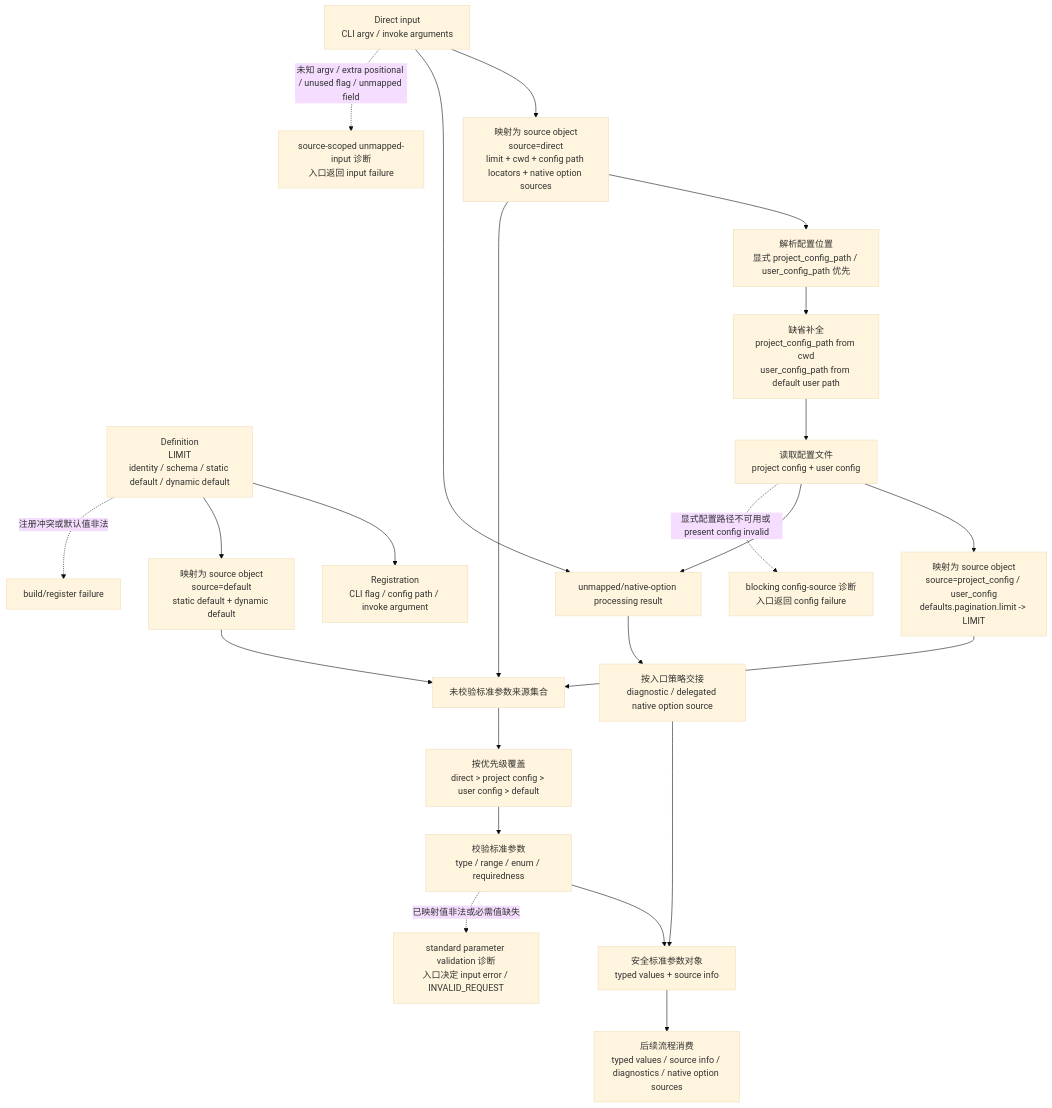
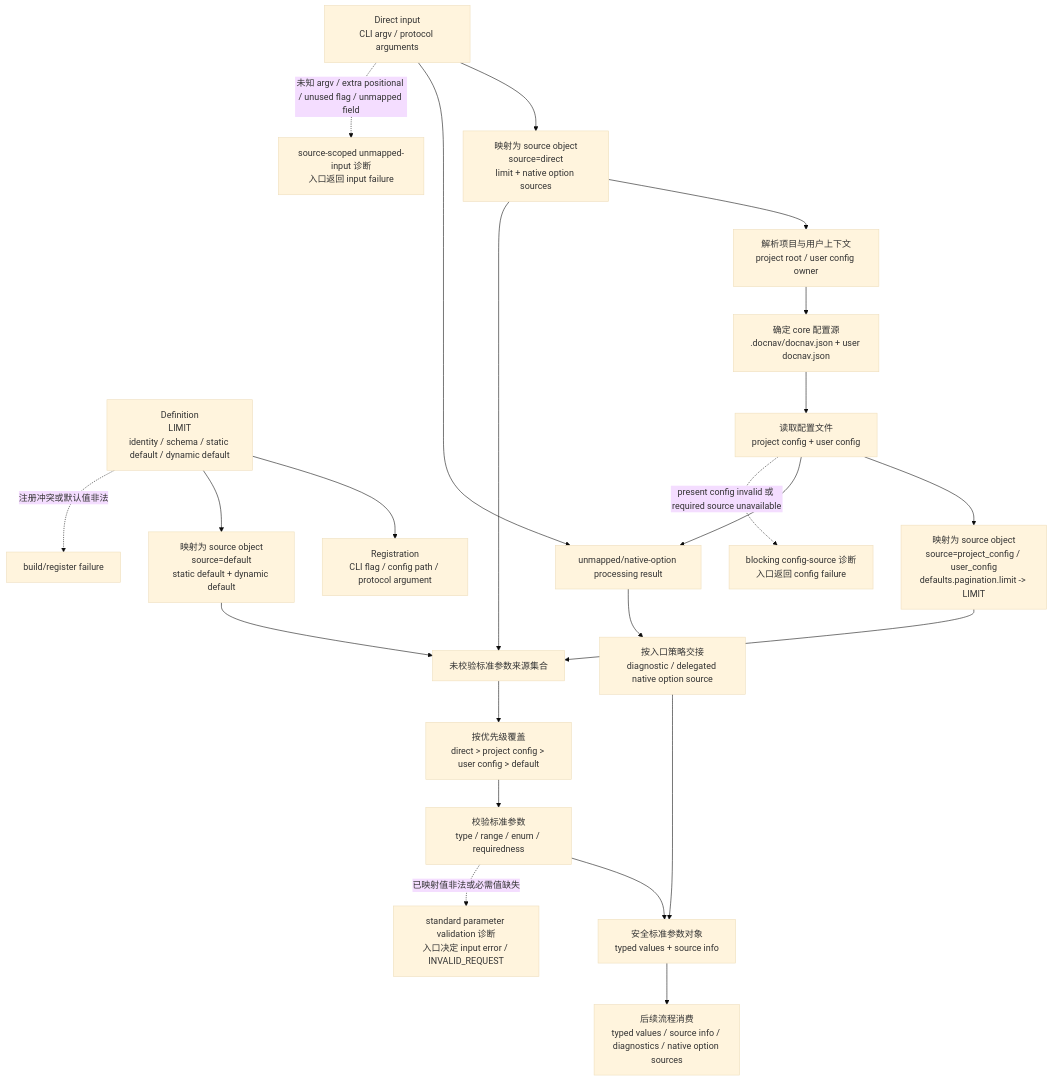
One commit to zxyycom/docnav changed the diagram in docs/standard-parameters.md. Above: the diagram before and after it, drawn with Mermaid (base theme). The commit also changed other lines of this file and 246 other files, not shown here.

````diff
--- a/docs/standard-parameters.md
+++ b/docs/standard-parameters.md
@@ -36,31 +36,31 @@
 ```mermaid
 flowchart TD
-  A["Definition<br/>LIMIT<br/>identity / schema / static default / dynamic default"] --> B["Registration<br/>CLI flag / config path / invoke argument"]
+  A["Definition<br/>LIMIT<br/>identity / schema / static default / dynamic default"] --> B["Registration<br/>CLI flag / config path / protocol argument"]
 
-  C["Direct input<br/>CLI argv / invoke arguments"] --> D["映射为 source object<br/>source=direct<br/>limit + cwd + config path locators + native option sources"]
-  D --> E["解析配置位置<br/>显式 project_config_path / user_config_path 优先"]
-  E --> F["缺省补全<br/>project_config_path from cwd<br/>user_config_path from default user path"]
+  C["Direct input<br/>CLI argv / protocol arguments"] --> D["映射为 source object<br/>source=direct<br/>limit + native option sources"]
+  D --> E["解析项目与用户上下文<br/>project root / user config owner"]
+  E --> F["确定 core 配置源<br/>.docnav/docnav.json + user docnav.json"]
   F --> G["读取配置文件<br/>project config + user config"]
   G --> H["映射为 source object<br/>source=project_config / user_config<br/>defaults.pagination.limit -> LIMIT"]
 
   A --> I["映射为 source object<br/>source=default<br/>static default + dynamic default"]
 
   D --> J["未校验标准参数来源集合"]
   H --> J
   I --> J
   J --> K["按优先级覆盖<br/>direct > project config > user config > default"]
   K --> L["校验标准参数<br/>type / range / enum / requiredness"]
   L --> M["安全标准参数对象<br/>typed values + source info"]
 
   C --> N["unmapped/native-option processing result"]
   G --> N
   N --> O["按入口策略交接<br/>diagnostic / delegated native option source"]
   O --> M
 
   M --> P["后续流程消费<br/>typed values / source info / diagnostics / native option sources"]
 
   A -. "注册冲突或默认值非法" .-> X1["build/register failure"]
-  G -. "显式配置路径不可用或 present config invalid" .-> X2["blocking config-source 诊断<br/>入口返回 config failure"]
+  G -. "present config invalid 或 required source unavailable" .-> X2["blocking config-source 诊断<br/>入口返回 config failure"]
   C -. "未知 argv / extra positional / unused flag / unmapped field" .-> X3["source-scoped unmapped-input 诊断<br/>入口返回 input failure"]
   L -. "已映射值非法或必需值缺失" .-> X4["standard parameter validation 诊断<br/>入口决定 input error / INVALID_REQUEST"]
 ```
````
